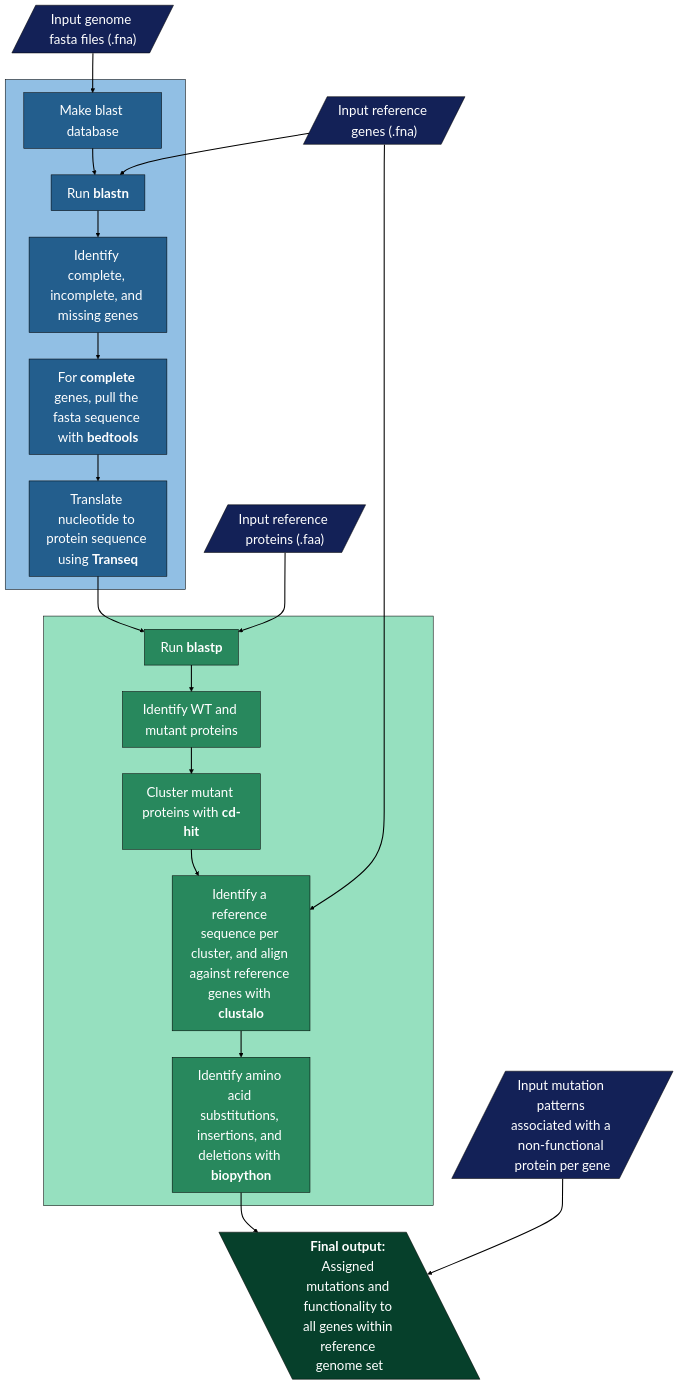
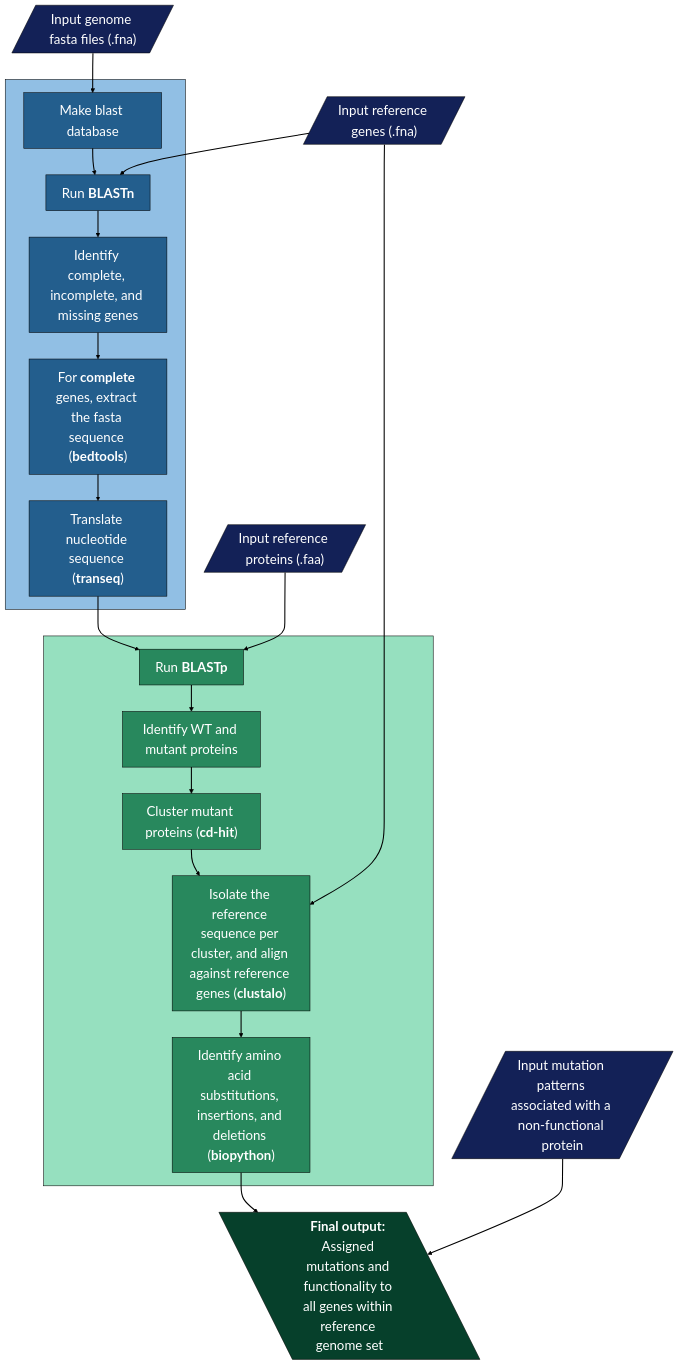
The diagram in README.md (GaTechBrownLab/Mutant-Calling), drawn with Mermaid before and after one commit.

Commit message:
Adding mermaid to README

````diff
--- a/README.md
+++ b/README.md
@@ -38,43 +38,43 @@
 ```mermaid
 graph TD;
     id1[/"`Input genome fasta files (.fna)`"/] ==> id1_1["`Make blast database`"];
     id3[/"`Input reference genes (.fna)`"/] ==> id2;
     subgraph nuclgraph [" "]
-        id1_1 ==> id2["`Run **blastn**`"];
+        id1_1 ==> id2["`Run **BLASTn**`"];
         id2 ==> id6["`Identify complete, incomplete, and missing genes`"];
-        id6 ==> id7["`For **complete** genes, pull the fasta sequence with **bedtools**`"];
-        id7 ==> id8["`Translate nucleotide to protein sequence using **Transeq**`"]; 
+        id6 ==> id7["`For **complete** genes, extract the fasta sequence (**bedtools**)`"];
+        id7 ==> id8["`Translate nucleotide sequence (**transeq**)`"]; 
     end
-    id4[/"`Input reference proteins (.faa)`"/] ==> id5["`Run **blastp**`"];
+    id4[/"`Input reference proteins (.faa)`"/] ==> id5["`Run **BLASTp**`"];
     subgraph protgraph [" "]
         id8 ==> id5;
         id5 ==> id9["`Identify WT and mutant proteins`"];
-        id9 ==> id10["`Cluster mutant proteins with **cd-hit**`"];
-        id10 ==> id11["`Identify a reference sequence per cluster, and align against reference genes with **clustalo**`"];
-        id11 ==> id12["`Identify amino acid substitutions, insertions, and deletions with **biopython**`"]
+        id9 ==> id10["`Cluster mutant proteins (**cd-hit**)`"];
+        id10 ==> id11["`Isolate the reference sequence per cluster, and align against reference genes (**clustalo**)`"];
+        id11 ==> id12["`Identify amino acid substitutions, insertions, and deletions (**biopython**)`"]
     end
     id3 ==> id11;
     id12 ==> id13[\"`**Final output:** Assigned mutations and functionality to all genes within reference genome set`"\]
-    id14[/"`Input mutation patterns associated with a non-functional protein per gene`"/] ==> id13
+    id14[/"`Input mutation patterns associated with a non-functional protein`"/] ==> id13
 
 	classDef nuclsteps fill:#235e8d,font-size:25px,stroke:#000000,color:#FFFFFF;
 	class id1_1,id2,id6,id7,id8 nuclsteps;
 
     classDef protsteps fill:#28885d,font-size:25px,stroke:#000000,color:#FFFFFF;
 	class id5,id9,id10,id11,id12 protsteps;
 
     classDef inputs fill:#132157,font-size:25px,stroke:#000000,color:#FFFFFF;
     class id1,id3,id4,id14 inputs;
 
     classDef output fill:#06402B,font-size:25px,stroke:#000000,color:#FFFFFF;
     class id13 output;
 
     classDef nuclgraphcol fill:#91bfe4,font-size:25px,stroke:#000000,color:#FFFFFF;
     class nuclgraph nuclgraphcol;
 
     classDef protgraphcol fill:#96e0bf,font-size:25px,stroke:#000000,color:#FFFFFF;
     class protgraph protgraphcol;
 
     linkStyle default stroke:black,stroke-width:2px;
 
 ```
````
